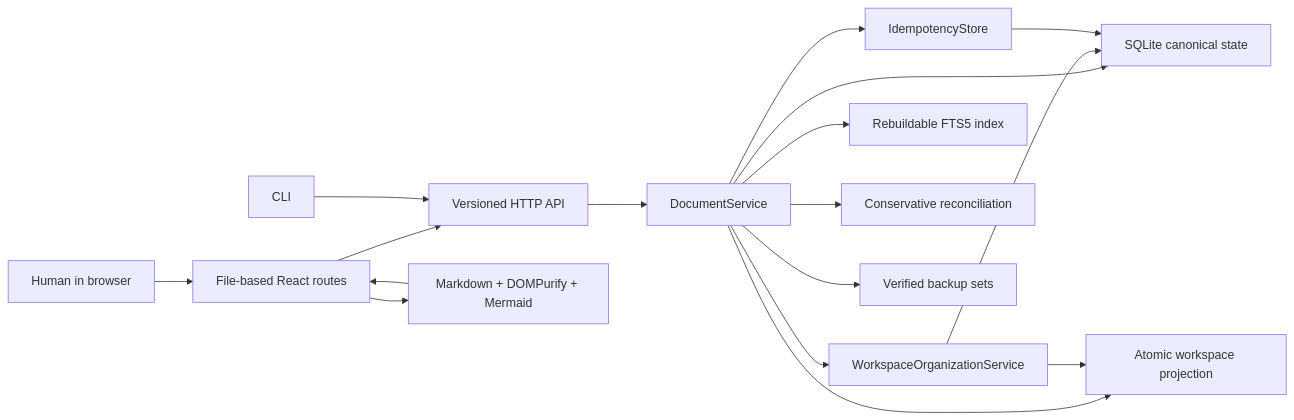
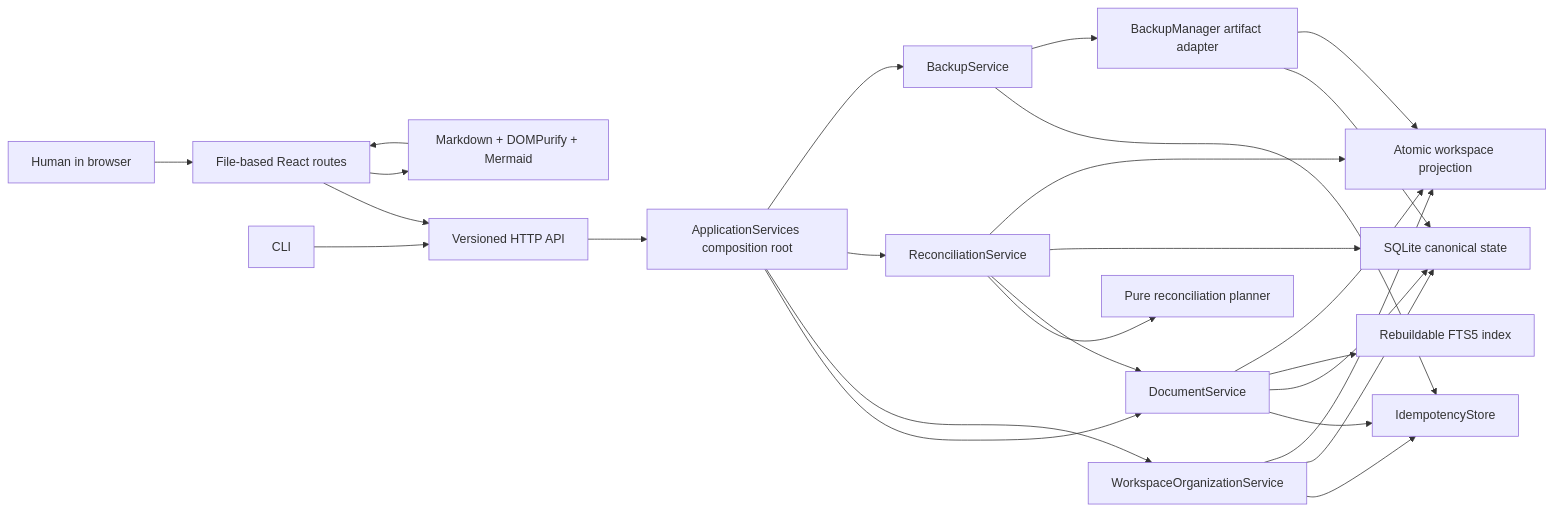
Before and after one commit to jayshah5696/sangam: the first of 2 diagrams in docs/PHASE_2.md, drawn with Mermaid. The commit also changed other lines of this file and 8 other files, not shown here.

````diff
--- a/docs/PHASE_2.md
+++ b/docs/PHASE_2.md
@@ -33,19 +33,28 @@
 ```mermaid
 flowchart LR
     Human["Human in browser"] --> Routes["File-based React routes"]
     Routes --> API["Versioned HTTP API"]
     CLI["CLI"] --> API
-    API --> Service["DocumentService"]
-    Service --> Organization["WorkspaceOrganizationService"]
-    Service --> Idempotency["IdempotencyStore"]
-    Service --> Revisions["SQLite canonical state"]
+    API --> Composition["ApplicationServices composition root"]
+    Composition --> Documents["DocumentService"]
+    Composition --> Organization["WorkspaceOrganizationService"]
+    Composition --> Reconcile["ReconciliationService"]
+    Composition --> Backups["BackupService"]
+    Documents --> Idempotency["IdempotencyStore"]
+    Documents --> Revisions["SQLite canonical state"]
+    Documents --> Search["Rebuildable FTS5 index"]
+    Documents --> Files["Atomic workspace projection"]
+    Organization --> Idempotency
     Organization --> Revisions
-    Idempotency --> Revisions
-    Service --> Search["Rebuildable FTS5 index"]
-    Service --> Files["Atomic workspace projection"]
     Organization --> Files
-    Service --> Reconcile["Conservative reconciliation"]
-    Service --> Backup["Verified backup sets"]
+    Reconcile --> Planner["Pure reconciliation planner"]
+    Reconcile --> Documents
+    Reconcile --> Revisions
+    Reconcile --> Files
+    Backups --> Idempotency
+    Backups --> Manager["BackupManager artifact adapter"]
+    Manager --> Revisions
+    Manager --> Files
     Routes --> Preview["Markdown + DOMPurify + Mermaid"]
     Preview --> Routes
 ```
````
